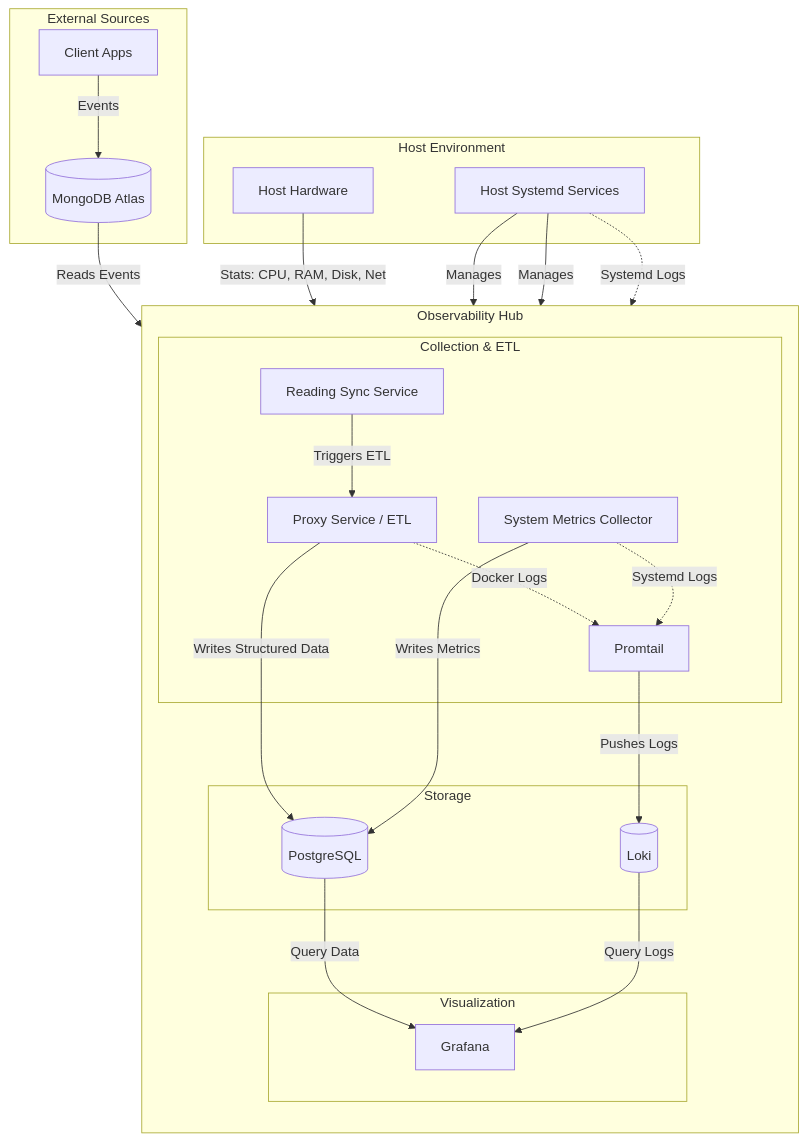
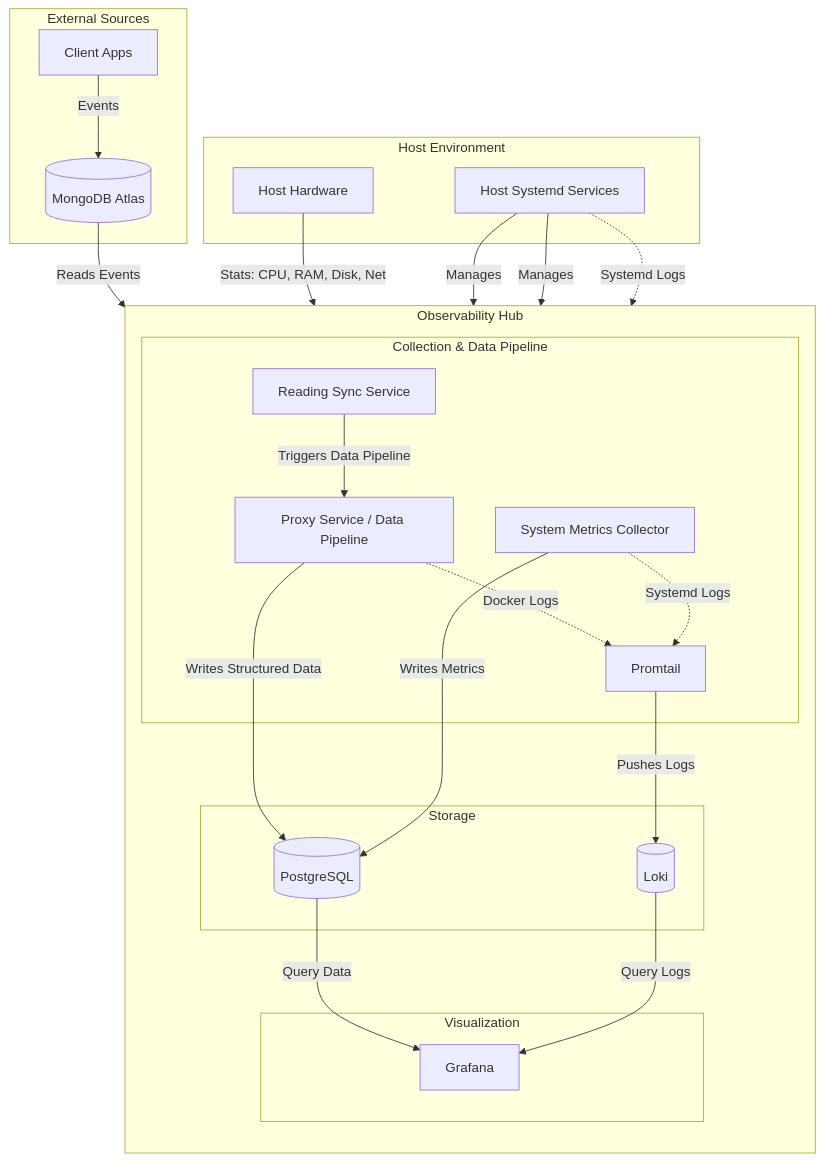
The diagram in docs/architecture/README.md (victoriacheng15/observability-hub), drawn with Mermaid before and after one commit. The commit also changed other lines of this file and 7 other files, not shown here.

````diff
--- a/docs/architecture/README.md
+++ b/docs/architecture/README.md
@@ -9,56 +9,56 @@
 ```mermaid
 graph TD
     subgraph "External Sources"
         Apps[Client Apps]
         Mongo[(MongoDB Atlas)]
     end
 
     subgraph "Host Environment"
         Hardware[Host Hardware]
         HostServices[Host Systemd Services]
     end
 
     subgraph "Observability Hub"
         direction TB
         
-        subgraph "Collection & ETL"
+        subgraph "Collection & Data Pipeline"
             Metrics[System Metrics Collector]
             Sync[Reading Sync Service]
-            Proxy[Proxy Service / ETL]
+            Proxy[Proxy Service / Data Pipeline]
             Promtail[Promtail]
         end
 
         subgraph "Storage"
             PG[(PostgreSQL)]
             Loki[(Loki)]
         end
 
         subgraph "Visualization"
             Grafana[Grafana]
         end
     end
 
     %% Application Data Flow
     Apps -->|Events| Mongo
-    Sync -->|Triggers ETL| Proxy
+    Sync -->|Triggers Data Pipeline| Proxy
     Mongo -->|Reads Events| Proxy
     Proxy -->|Writes Structured Data| PG
 
     %% System Metrics Flow
     Hardware -->|Stats: CPU, RAM, Disk, Net| Metrics
     Metrics -->|Writes Metrics| PG
 
     %% GitOps & Automation
     HostServices -->|Manages| Metrics
     HostServices -->|Manages| Sync
 
     %% Logging Flow
     Proxy -.->|Docker Logs| Promtail
     HostServices -.->|Systemd Logs| Promtail
     Metrics -.->|Systemd Logs| Promtail
     Promtail -->|Pushes Logs| Loki
 
     %% Visualization
     PG -->|Query Data| Grafana
     Loki -->|Query Logs| Grafana
 ```
````
